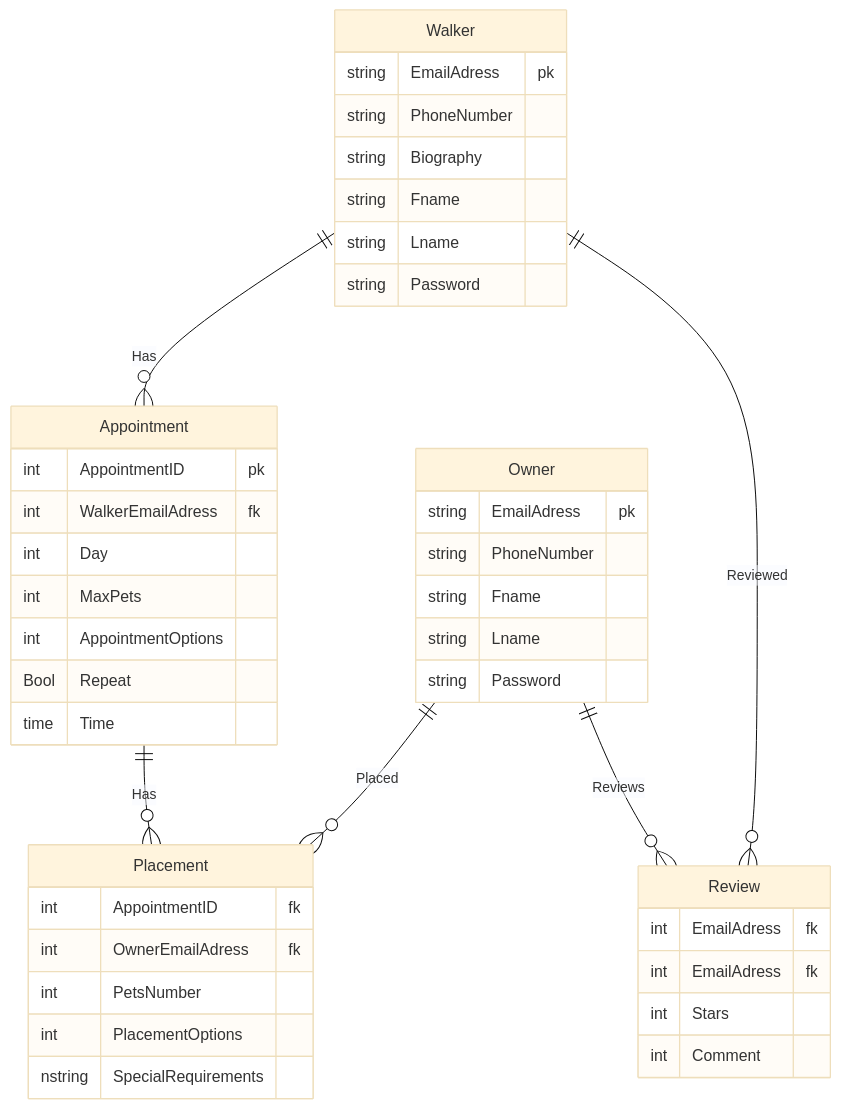
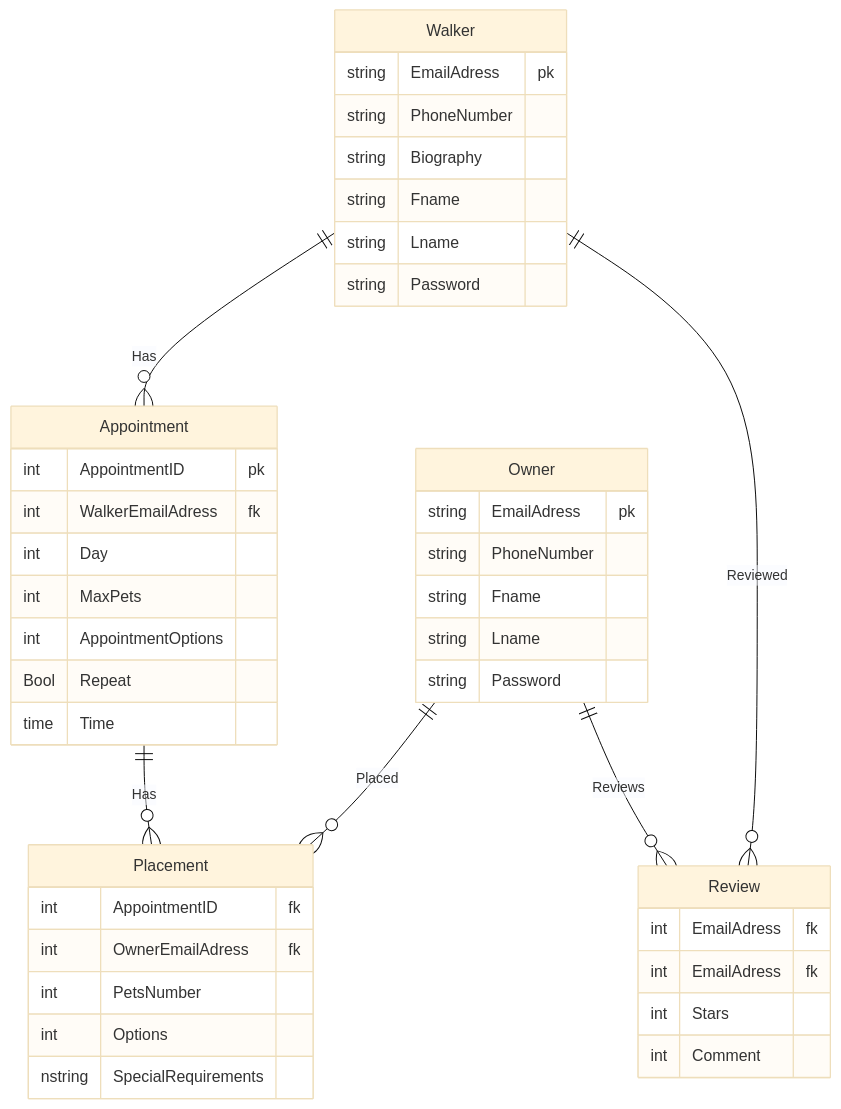
The diagram in erd.md (penguinjuice311/coursework), drawn with Mermaid (base theme) before and after one commit.

````diff
--- a/erd.md
+++ b/erd.md
@@ -1,47 +1,47 @@
 ```mermaid
 erDiagram
 
 Walker ||--o{Appointment: Has
 Appointment ||--o{Placement: Has
 Owner ||--o{Placement: Placed
 Walker ||--o{Review: Reviewed
 Owner ||--o{Review: Reviews
 
 Walker {
   string EmailAdress pk
   string PhoneNumber
   string Biography 
   string Fname
   string Lname
   string Password }
 
 Owner {
   string EmailAdress pk
   string PhoneNumber 
   string Fname
   string Lname
   string Password }
 
 Appointment {
   int AppointmentID pk
   int WalkerEmailAdress fk
   int Day 
   int MaxPets
   int AppointmentOptions
   Bool Repeat
   time Time }
 
 Placement {
   int AppointmentID fk
   int OwnerEmailAdress fk
   int PetsNumber
-  int PlacementOptions
+  int Options
   nstring SpecialRequirements }
 
 Review {
   int EmailAdress fk
   int EmailAdress fk
   int Stars
   int Comment }
 
 ```
````
